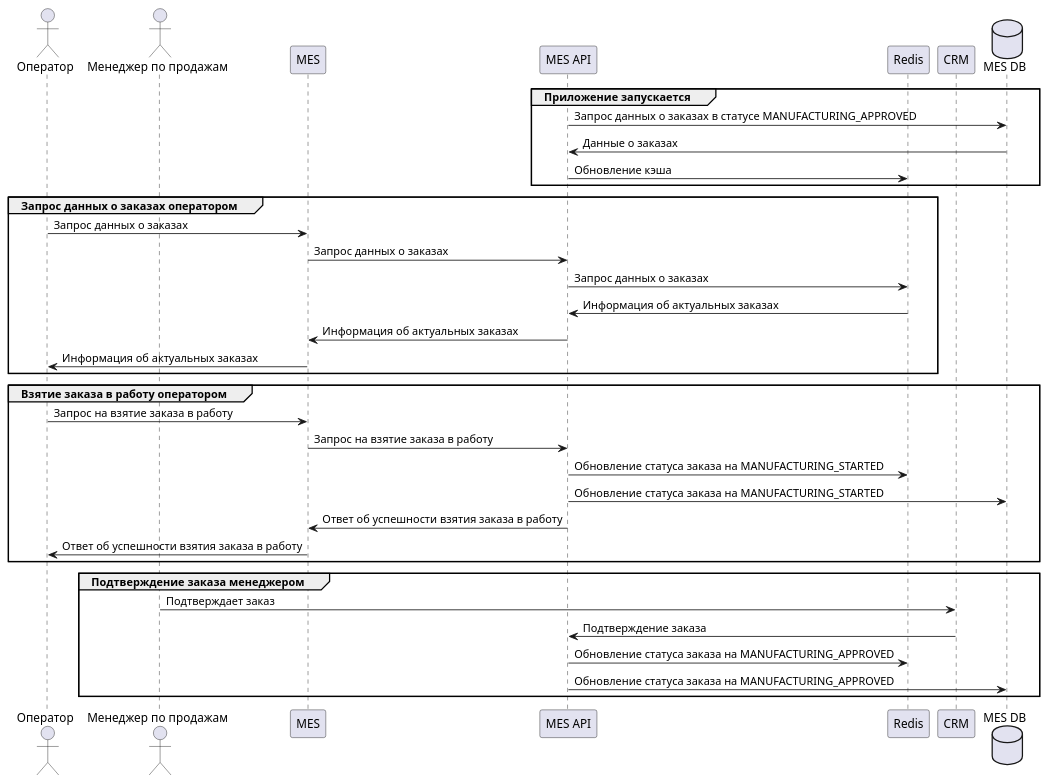
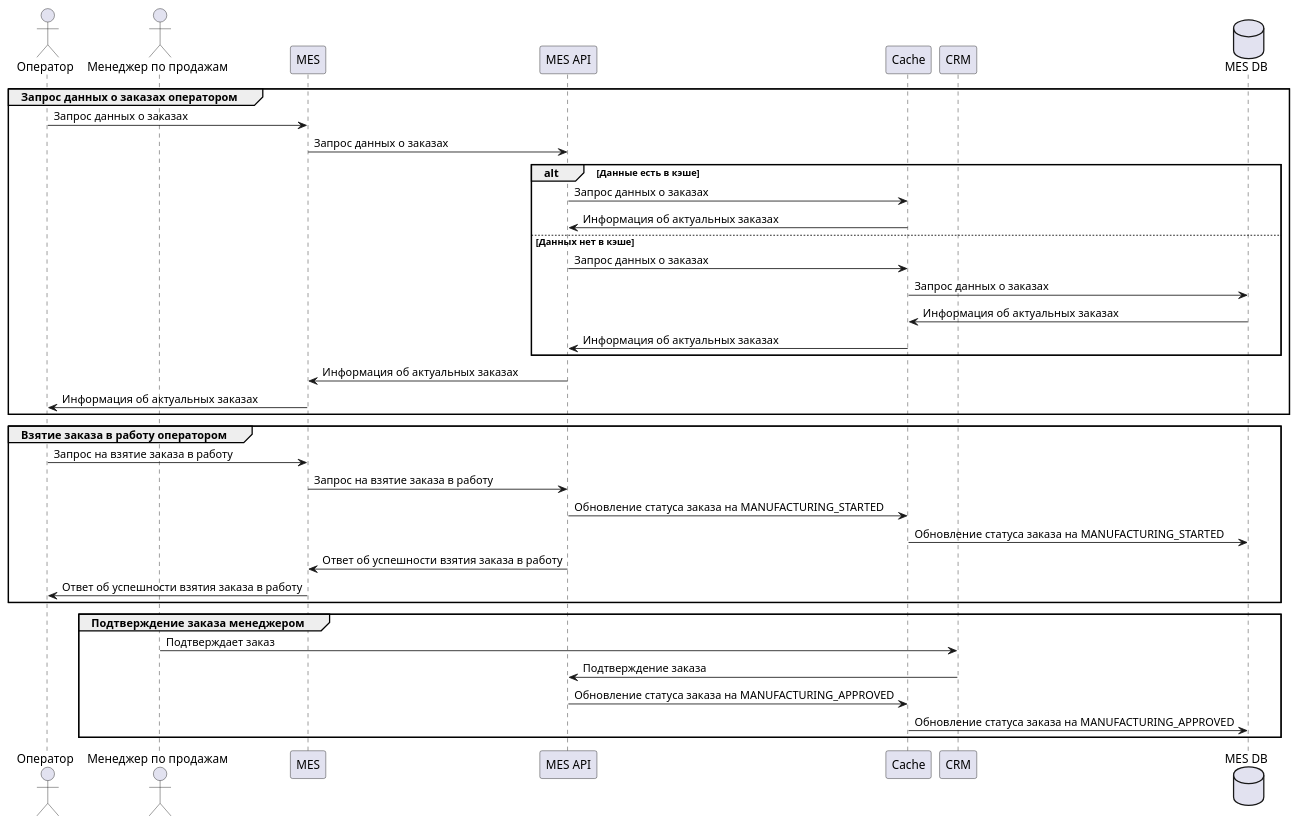
The diagram in Exc5/jewerly_c4_model.md (bearbeard/architecture-sprint-4), drawn with PlantUML before and after one commit. The commit also changed 1 other file, not shown here.

Commit message:
Exc5: правки замечаний по ревью. Замена паттерна кэширования.

```diff
--- a/Exc5/jewerly_c4_model.md
+++ b/Exc5/jewerly_c4_model.md
@@ -1,41 +1,43 @@
 @startuml
 actor Оператор as op
 actor "Менеджер по продажам" as seller
 participant MES as mes
 participant "MES API" as mes_api
-participant Redis as redis
+participant Cache as cache
 participant CRM as crm
 database "MES DB" as mes_db
-
-group Приложение запускается
-mes_api -> mes_db : Запрос данных о заказах в статусе MANUFACTURING_APPROVED
-mes_db -> mes_api : Данные о заказах
-mes_api -> redis : Обновление кэша
-end
 
 group Запрос данных о заказах оператором
 op -> mes : Запрос данных о заказах
 mes -> mes_api : Запрос данных о заказах
-mes_api -> redis : Запрос данных о заказах
-redis -> mes_api : Информация об актуальных заказах
+alt Данные есть в кэше
+mes_api -> cache : Запрос данных о заказах
+cache -> mes_api : Информация об актуальных заказах
+else Данных нет в кэше
+mes_api -> cache : Запрос данных о заказах
+cache -> mes_db : Запрос данных о заказах
+mes_db -> cache : Информация об актуальных заказах
+cache -> mes_api : Информация об актуальных заказах
+end alt
+
 mes_api -> mes : Информация об актуальных заказах
 mes -> op : Информация об актуальных заказах
 end
 
 group Взятие заказа в работу оператором
 op -> mes : Запрос на взятие заказа в работу
 mes -> mes_api : Запрос на взятие заказа в работу
-mes_api -> redis : Обновление статуса заказа на MANUFACTURING_STARTED
-mes_api -> mes_db : Обновление статуса заказа на MANUFACTURING_STARTED
+mes_api -> cache : Обновление статуса заказа на MANUFACTURING_STARTED
+cache -> mes_db : Обновление статуса заказа на MANUFACTURING_STARTED
 mes_api -> mes : Ответ об успешности взятия заказа в работу
 mes -> op : Ответ об успешности взятия заказа в работу
 end
 
 group Подтверждение заказа менеджером
 seller -> crm : Подтверждает заказ
 crm -> mes_api : Подтверждение заказа
-mes_api -> redis : Обновление статуса заказа на MANUFACTURING_APPROVED
-mes_api -> mes_db : Обновление статуса заказа на MANUFACTURING_APPROVED
+mes_api -> cache : Обновление статуса заказа на MANUFACTURING_APPROVED
+cache -> mes_db : Обновление статуса заказа на MANUFACTURING_APPROVED
 end
 
 @enduml
```
